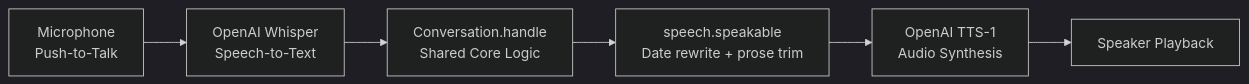
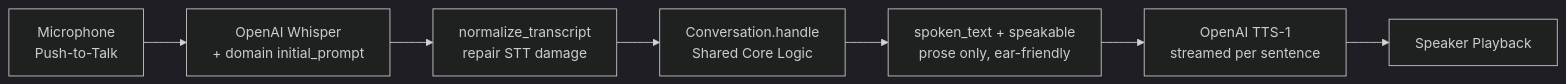
The diagram in docs/specs/voice_interface_spec.md (DevSakar404/fleet-panda), drawn with Mermaid (dark theme) before and after one commit. The commit also changed other lines of this file, not shown here.

````diff
--- a/docs/specs/voice_interface_spec.md
+++ b/docs/specs/voice_interface_spec.md
@@ -13,8 +13,9 @@
 ```mermaid
 graph LR
-    MIC[Microphone<br/>Push-to-Talk] --> STT[OpenAI Whisper<br/>Speech-to-Text]
-    STT --> CONV[Conversation.handle<br/>Shared Core Logic]
-    CONV --> SANITIZE[speech.speakable<br/>Date rewrite + prose trim]
-    SANITIZE --> TTS[OpenAI TTS-1<br/>Audio Synthesis]
+    MIC[Microphone<br/>Push-to-Talk] --> STT[OpenAI Whisper<br/>+ domain initial_prompt]
+    STT --> NORM[normalize_transcript<br/>repair STT damage]
+    NORM --> CONV[Conversation.handle<br/>Shared Core Logic]
+    CONV --> RENDER[spoken_text + speakable<br/>prose only, ear-friendly]
+    RENDER --> TTS[OpenAI TTS-1<br/>streamed per sentence]
     TTS --> SPK[Speaker Playback]
 ```
````
